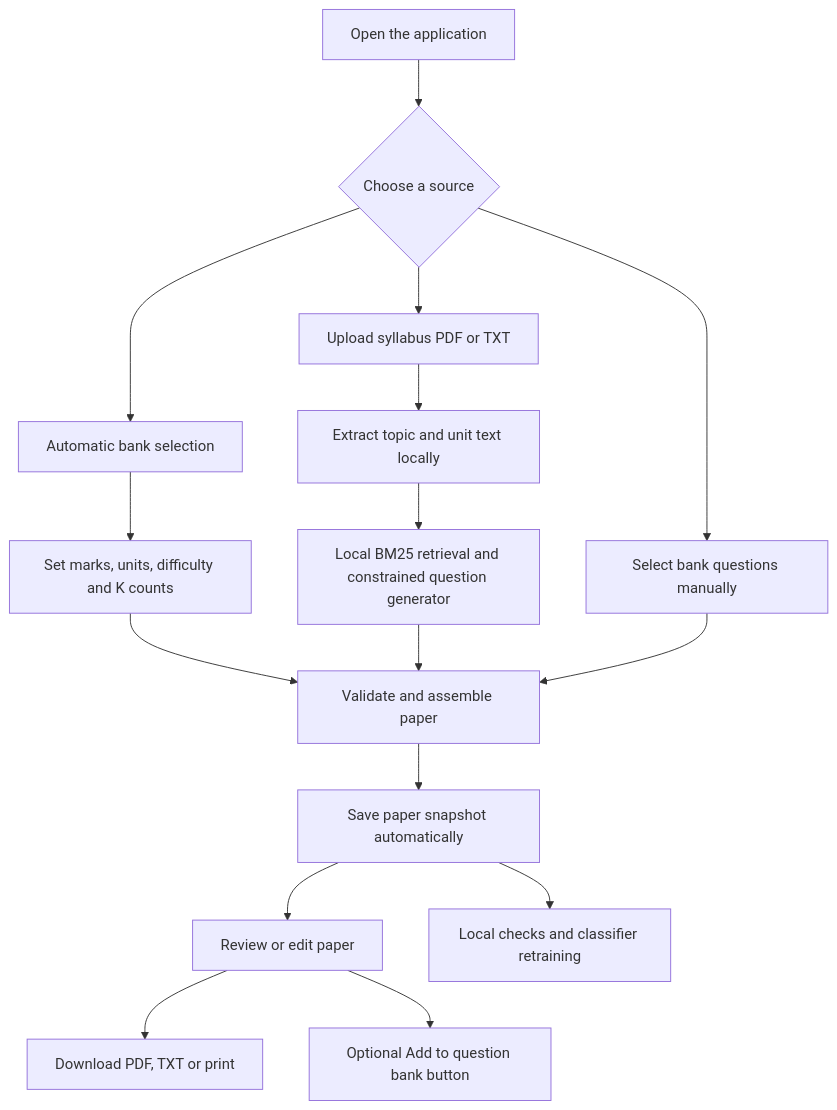
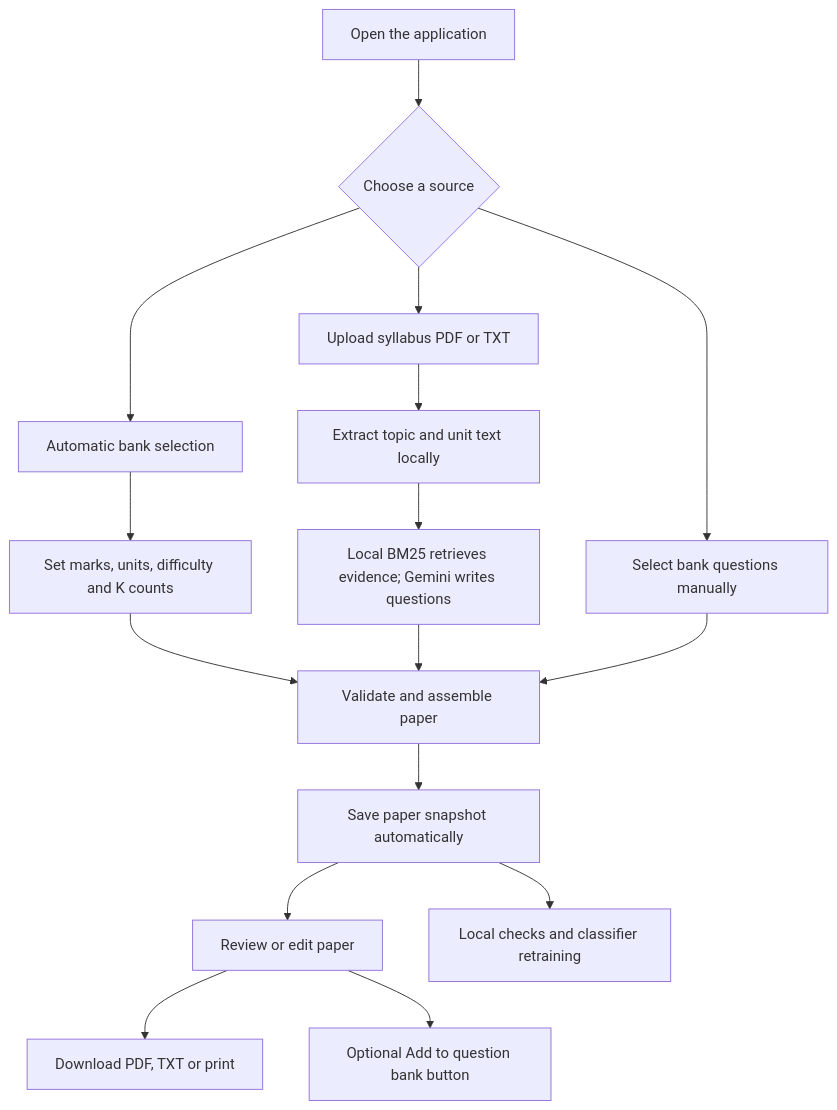
Before and after one commit to irfanshafi21/mini-project: the third of 10 diagrams in README.md, drawn with Mermaid. The commit also changed other lines of this file and 2 other files, not shown here.

Commit message:
Strengthen GATE-referenced question generation

````diff
--- a/README.md
+++ b/README.md
@@ -205,18 +205,18 @@
 ```mermaid
 flowchart TD
   A[Open the application] --> B{Choose a source}
   B --> C[Select bank questions manually]
   B --> D[Automatic bank selection]
   B --> E[Upload syllabus PDF or TXT]
   D --> F[Set marks, units, difficulty and K counts]
   E --> G[Extract topic and unit text locally]
-  G --> H[Local BM25 retrieval and constrained question generator]
+  G --> H[Local BM25 retrieves evidence; Gemini writes questions]
   F --> I[Validate and assemble paper]
   H --> I
   C --> I
   I --> J[Save paper snapshot automatically]
   J --> K[Review or edit paper]
   K --> L[Download PDF, TXT or print]
   K --> M[Optional Add to question bank button]
   J --> N[Local checks and classifier retraining]
 ```
````
